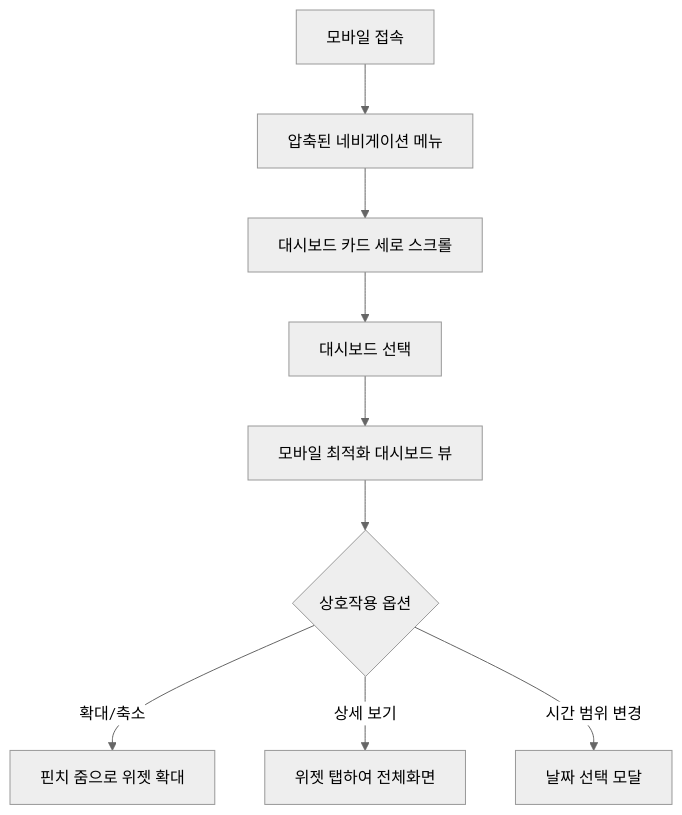
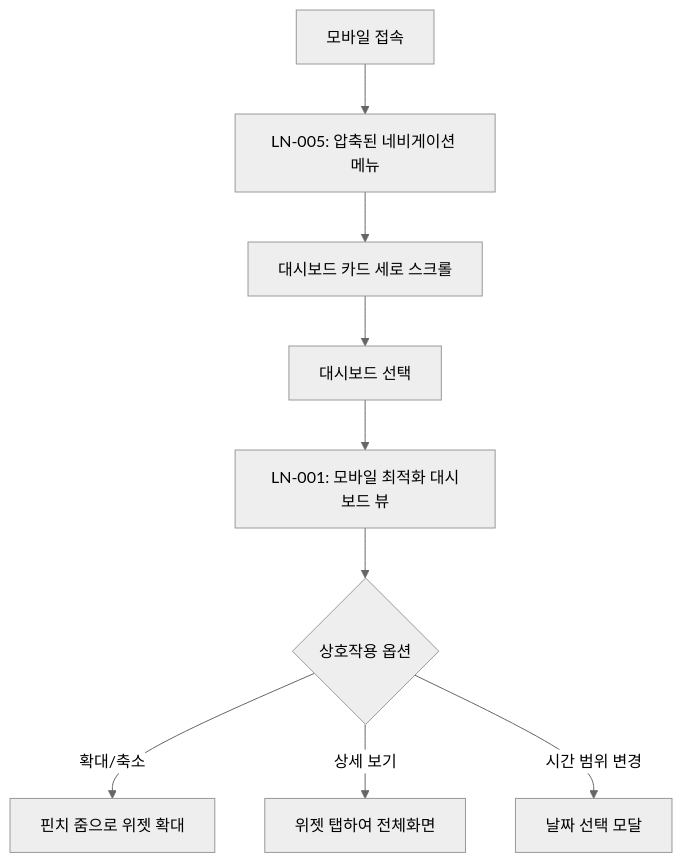
Before and after one commit to Seungwoo321/etorch-docs: diagram 14 of 19 in ui-design/user-flows.md, drawn with Mermaid (neutral theme). The commit also changed other lines of this file, not shown here.

````diff
--- a/ui-design/user-flows.md
+++ b/ui-design/user-flows.md
@@ -630,11 +582,11 @@
 ```mermaid
 flowchart TD
-    A[모바일 접속] --> B[압축된 네비게이션 메뉴]
+    A[모바일 접속] --> B[LN-005: 압축된 네비게이션 메뉴]
     B --> C[대시보드 카드 세로 스크롤]
     C --> D[대시보드 선택]
-    D --> E[모바일 최적화 대시보드 뷰]
+    D --> E[LN-001: 모바일 최적화 대시보드 뷰]
     E --> F{상호작용 옵션}
     F -->|확대/축소| G[핀치 줌으로 위젯 확대]
     F -->|상세 보기| H[위젯 탭하여 전체화면]
     F -->|시간 범위 변경| I[날짜 선택 모달]
 ```
````
